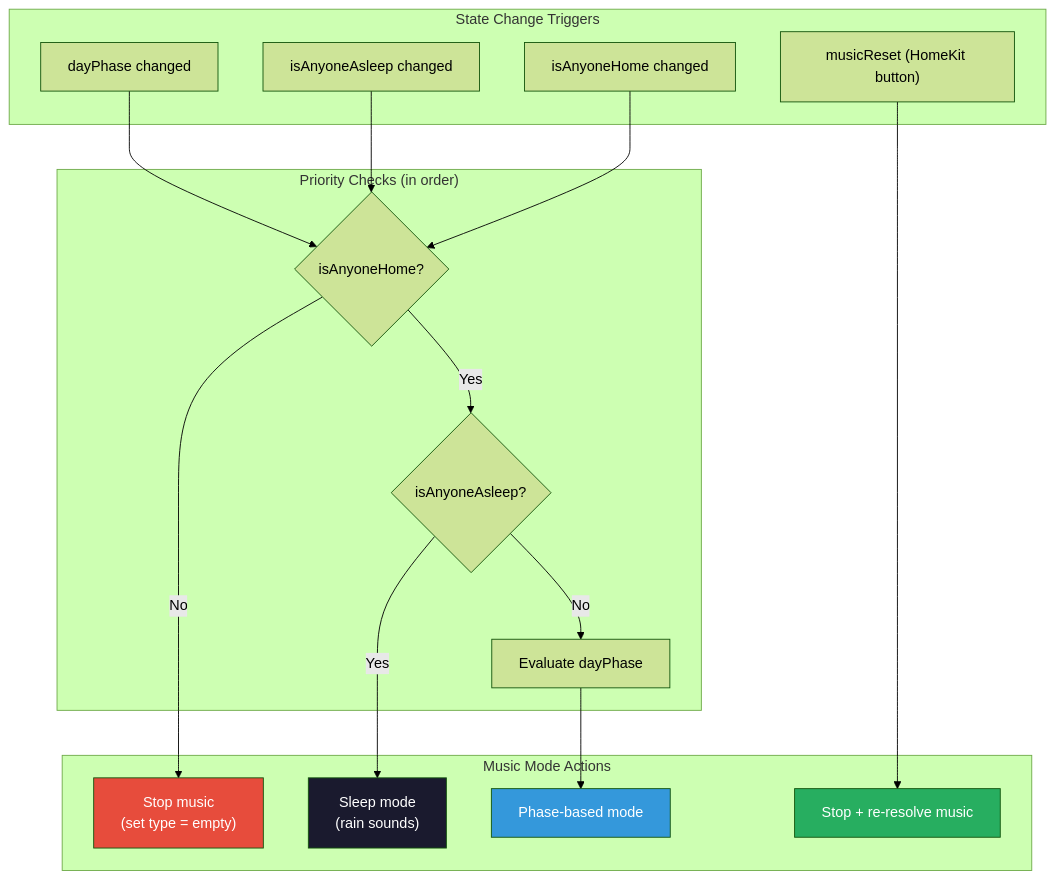
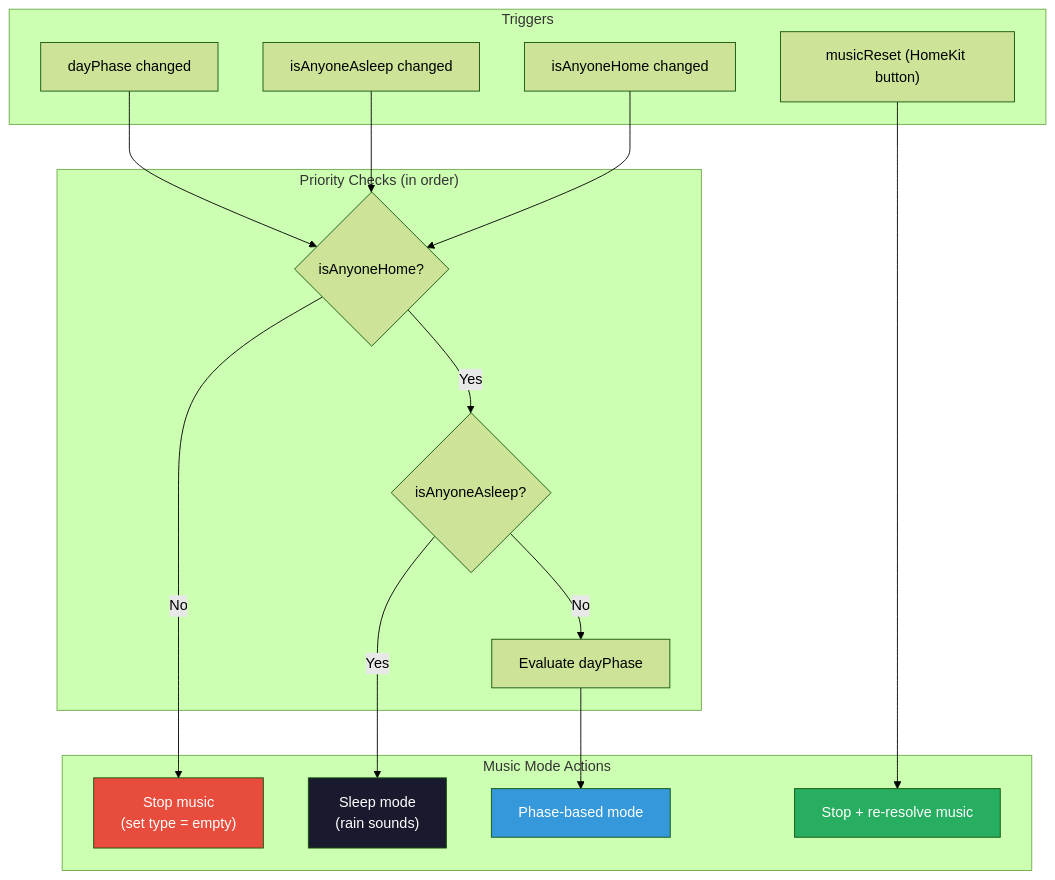
The first of 7 diagrams in docs/flows/MUSIC_PLAYBACK.md (NickBorgers/home-automation), drawn with Mermaid (forest theme) before and after one commit. The commit also changed 6 other files, not shown here.

````diff
--- a/docs/flows/MUSIC_PLAYBACK.md
+++ b/docs/flows/MUSIC_PLAYBACK.md
@@ -27,38 +27,38 @@
 ```mermaid
 flowchart TD
-    subgraph Triggers["State Change Triggers"]
+    subgraph Triggers["Triggers"]
         dayPhase["dayPhase changed"]
         isAnyoneAsleep["isAnyoneAsleep changed"]
         isAnyoneHome["isAnyoneHome changed"]
         musicReset["musicReset (HomeKit button)"]
     end
 
     subgraph Priority["Priority Checks (in order)"]
         checkHome{"isAnyoneHome?"}
         checkSleep{"isAnyoneAsleep?"}
         checkPhase["Evaluate dayPhase"]
     end
 
     subgraph Actions["Music Mode Actions"]
         stopMusic["Stop music<br/>(set type = empty)"]
         sleepMode["Sleep mode<br/>(rain sounds)"]
         phaseMode["Phase-based mode"]
         resetAction["Stop + re-resolve music"]
     end
 
     dayPhase --> checkHome
     isAnyoneAsleep --> checkHome
     isAnyoneHome --> checkHome
     musicReset --> resetAction
 
     checkHome -->|No| stopMusic
     checkHome -->|Yes| checkSleep
     checkSleep -->|Yes| sleepMode
     checkSleep -->|No| checkPhase
     checkPhase --> phaseMode
 
     style stopMusic fill:#e74c3c,color:#fff
     style sleepMode fill:#1a1a2e,color:#fff
     style phaseMode fill:#3498db,color:#fff
     style resetAction fill:#27ae60,color:#fff
 ```
````
